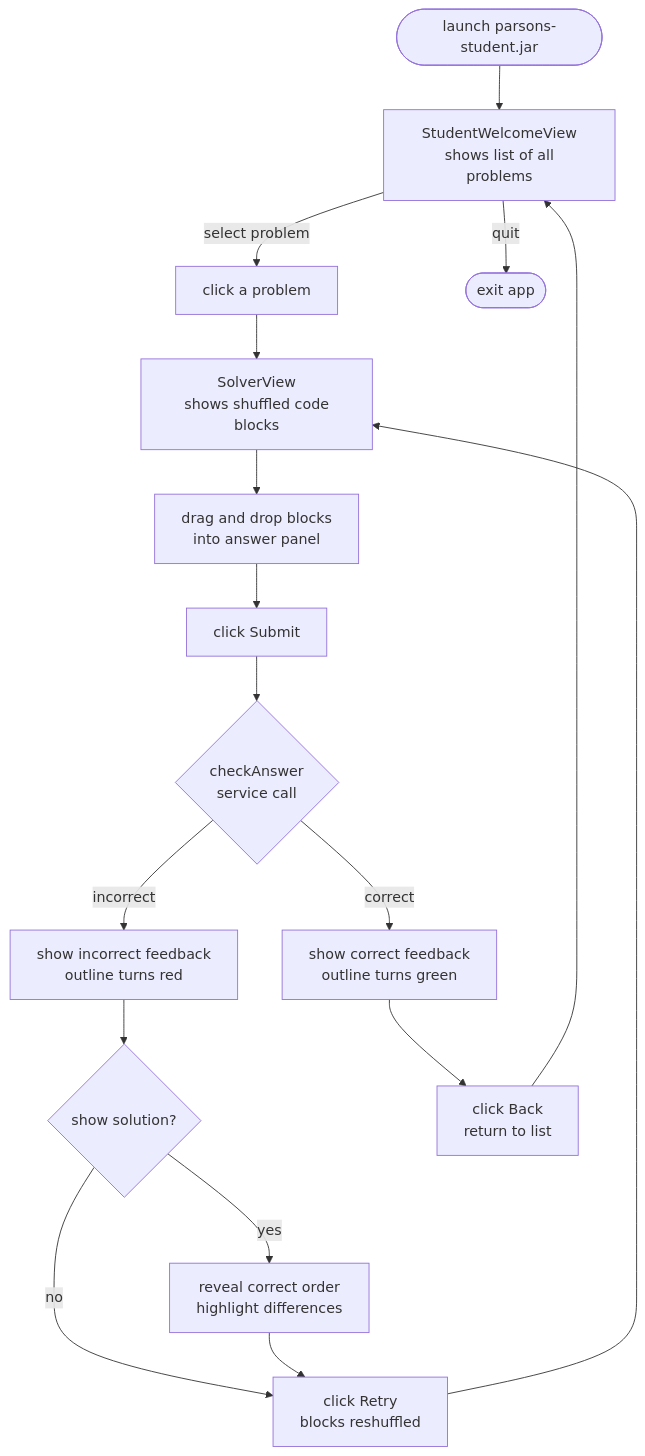
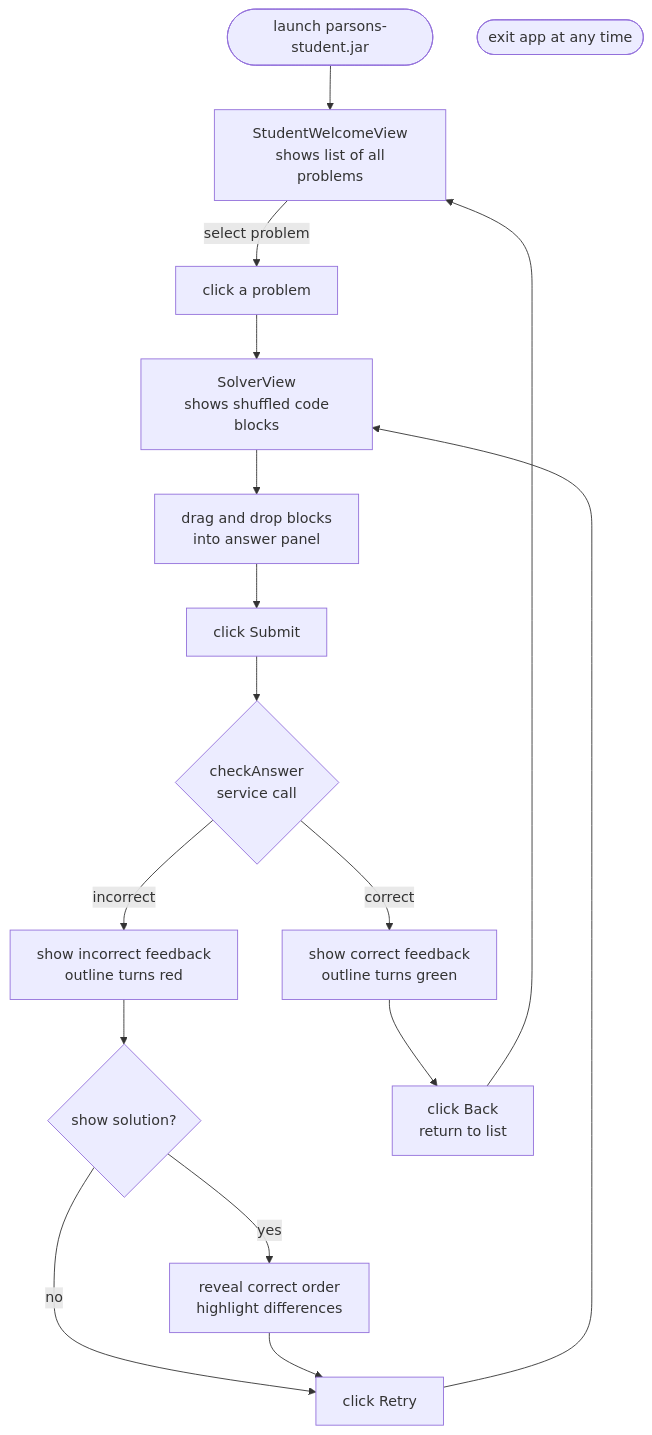
The second of 4 diagrams in DesignDocuments/README.md (spr26-cs5004-group1/neu_cs5004_spr2026_group1_parsons), drawn with Mermaid before and after one commit.

````diff
--- a/DesignDocuments/README.md
+++ b/DesignDocuments/README.md
@@ -136,48 +136,46 @@
 ```mermaid
 flowchart TD
 
     START([launch parsons-student.jar])
     WELCOME[StudentWelcomeView\n shows list of all problems]
 
     SELECT[click a problem]
     SOLVER[SolverView\n shows shuffled code blocks]
 
     DRAG[drag and drop blocks\n into answer panel]
 
     SUBMIT[click Submit]
     CHECK{checkAnswer\n service call}
 
     CORRECT[show correct feedback\n outline turns green]
     INCORRECT[show incorrect feedback\n outline turns red]
 
     SHOW_SOL{show solution?}
     SOLUTION[reveal correct order\n highlight differences]
 
-    RETRY[click Retry\n blocks reshuffled]
+    RETRY[click Retry]
     BACK[click Back\n return to list]
 
-    DONE([exit app])
+    DONE([exit app at any time])
 
     START --> WELCOME
 
     WELCOME -- select problem --> SELECT
-    WELCOME -- quit --> DONE
 
     SELECT --> SOLVER
     SOLVER --> DRAG
     DRAG --> SUBMIT
     SUBMIT --> CHECK
 
     CHECK -- correct --> CORRECT
     CHECK -- incorrect --> INCORRECT
 
     INCORRECT --> SHOW_SOL
     SHOW_SOL -- yes --> SOLUTION
     SHOW_SOL -- no --> RETRY
-
     SOLUTION --> RETRY
-
-    CORRECT --> BACK
     RETRY --> SOLVER
     BACK --> WELCOME
+    CORRECT --> BACK
+    
 ```
````
